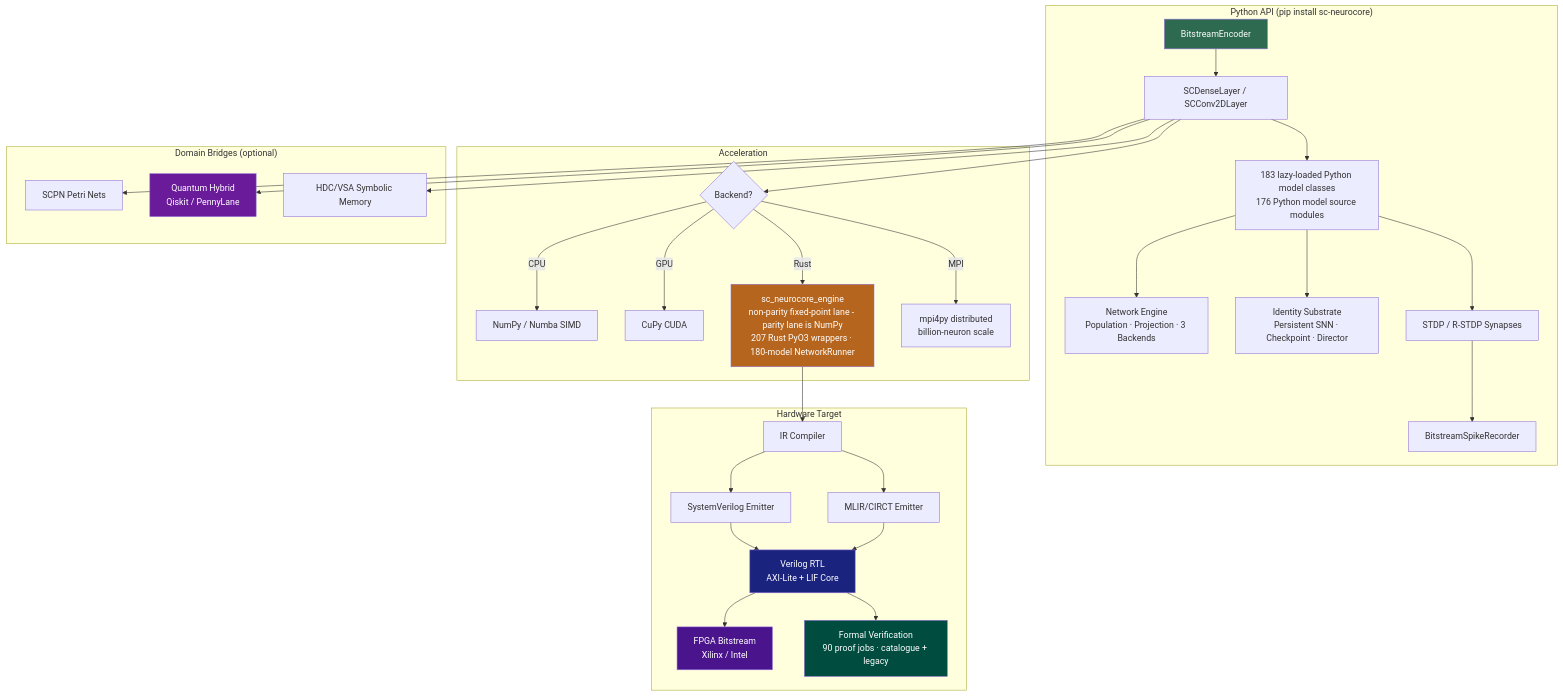
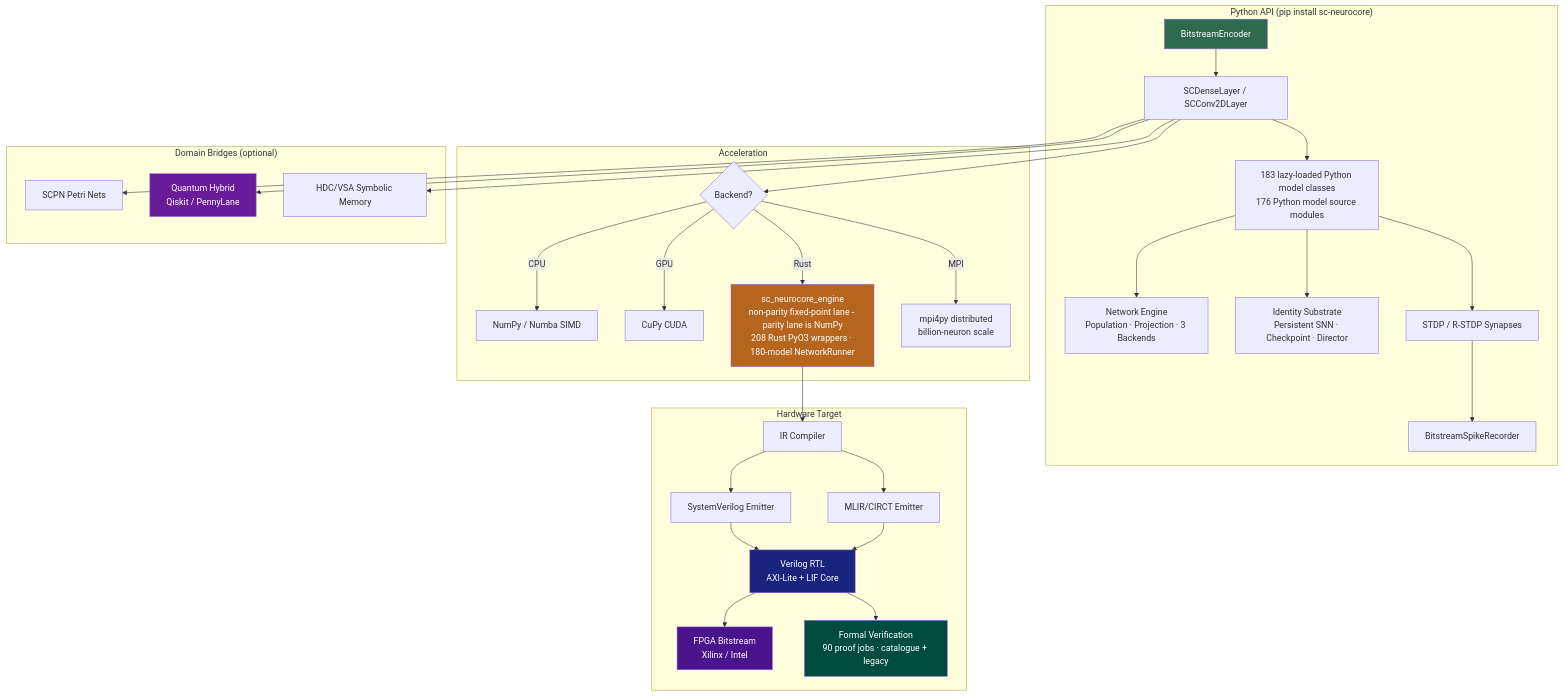
One commit to anulum/sc-neurocore changed the diagram in README.md. Above: the diagram before and after it, drawn with Mermaid. The commit also changed other lines of this file and 6 other files, not shown here.

````diff
--- a/README.md
+++ b/README.md
@@ -392,42 +392,42 @@
 ```mermaid
 graph TD
     subgraph "Python API (pip install sc-neurocore)"
         A[BitstreamEncoder] --> B[SCDenseLayer / SCConv2DLayer]
         B --> C[183 lazy-loaded Python model classes<br/>176 Python model source modules]
         C --> NET[Network Engine<br/>Population · Projection · 3 Backends]
         C --> ID[Identity Substrate<br/>Persistent SNN · Checkpoint · Director]
         C --> D[STDP / R-STDP Synapses]
         D --> E[BitstreamSpikeRecorder]
     end
 
     subgraph "Acceleration"
         B --> F{Backend?}
         F -->|CPU| G[NumPy / Numba SIMD]
         F -->|GPU| H[CuPy CUDA]
-        F -->|Rust| I[sc_neurocore_engine<br/>non-parity fixed-point lane - parity lane is NumPy<br/>207 Rust PyO3 wrappers · 180-model NetworkRunner]
+        F -->|Rust| I[sc_neurocore_engine<br/>non-parity fixed-point lane - parity lane is NumPy<br/>208 Rust PyO3 wrappers · 180-model NetworkRunner]
         F -->|MPI| MPI[mpi4py distributed<br/>billion-neuron scale]
     end
 
     subgraph "Hardware Target"
         I --> J[IR Compiler]
         J --> K[SystemVerilog Emitter]
         J --> K2[MLIR/CIRCT Emitter]
         K --> L[Verilog RTL<br/>AXI-Lite + LIF Core]
         K2 --> L
         L --> M[FPGA Bitstream<br/>Xilinx / Intel]
         L --> V[Formal Verification<br/>90 proof jobs · catalogue + legacy]
     end
 
     subgraph "Domain Bridges (optional)"
         B --> N[SCPN Petri Nets]
         B --> O[Quantum Hybrid<br/>Qiskit / PennyLane]
         B --> P[HDC/VSA Symbolic Memory]
     end
 
     style A fill:#2d6a4f,color:#fff
     style I fill:#b5651d,color:#fff
     style L fill:#1a237e,color:#fff
     style M fill:#4a148c,color:#fff
     style O fill:#6a1b9a,color:#fff
     style V fill:#004d40,color:#fff
 ```
````
